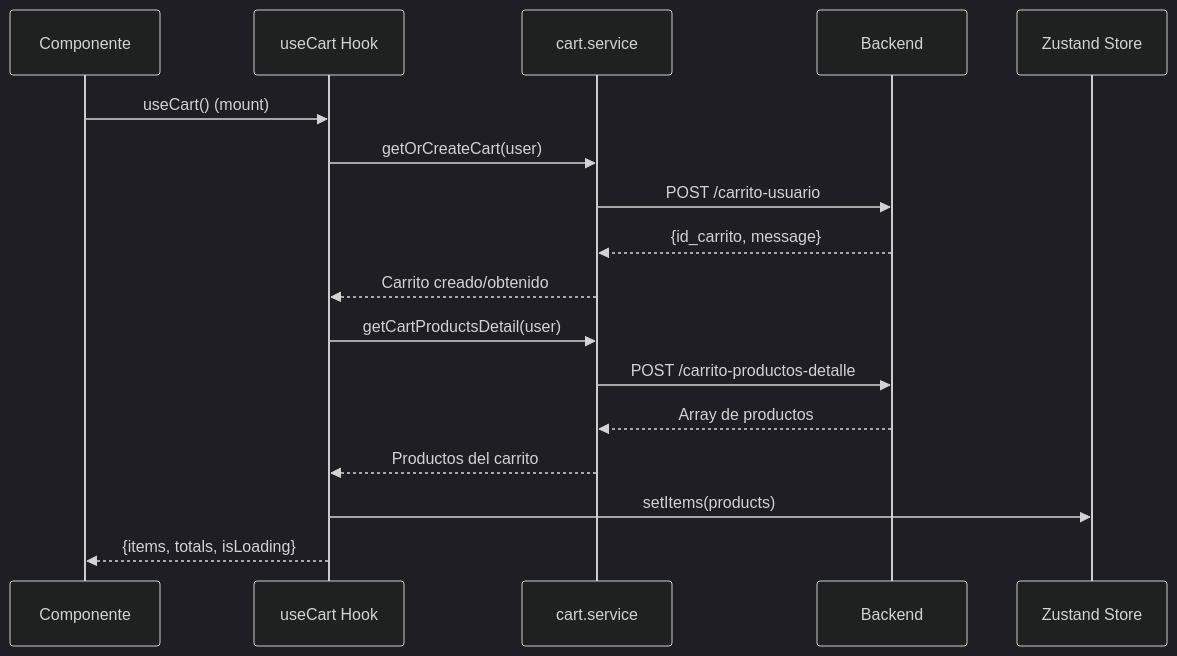
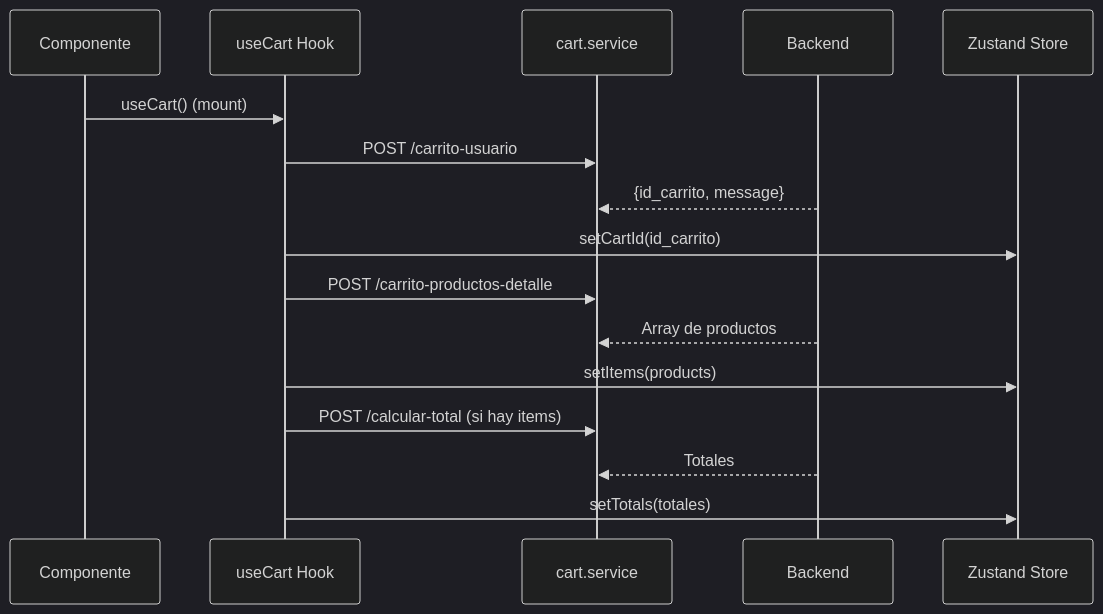
One commit to Revital-Cloud/compralo changed the second of 3 diagrams in frontend/Docs/CART_INTEGRATION_GUIDE.md. Above: the diagram before and after it, drawn with Mermaid (dark theme). The commit also changed other lines of this file and 1 other file, not shown here.

First line of the commit message:
feat: enhance CART_INTEGRATION_GUIDE with detailed implementation overview

````diff
--- a/frontend/Docs/CART_INTEGRATION_GUIDE.md
+++ b/frontend/Docs/CART_INTEGRATION_GUIDE.md
@@ -122,20 +131,19 @@
 ```mermaid
 sequenceDiagram
     participant C as Componente
     participant H as useCart Hook
     participant S as cart.service
     participant B as Backend
     participant Z as Zustand Store
 
     C->>H: useCart() (mount)
-    H->>S: getOrCreateCart(user)
-    S->>B: POST /carrito-usuario
+    H->>S: POST /carrito-usuario
     B-->>S: {id_carrito, message}
-    S-->>H: Carrito creado/obtenido
-    H->>S: getCartProductsDetail(user)
-    S->>B: POST /carrito-productos-detalle
+    H->>Z: setCartId(id_carrito)
+    H->>S: POST /carrito-productos-detalle
     B-->>S: Array de productos
-    S-->>H: Productos del carrito
     H->>Z: setItems(products)
-    H-->>C: {items, totals, isLoading}
+    H->>S: POST /calcular-total (si hay items)
+    B-->>S: Totales
+    H->>Z: setTotals(totales)
 ```
````
